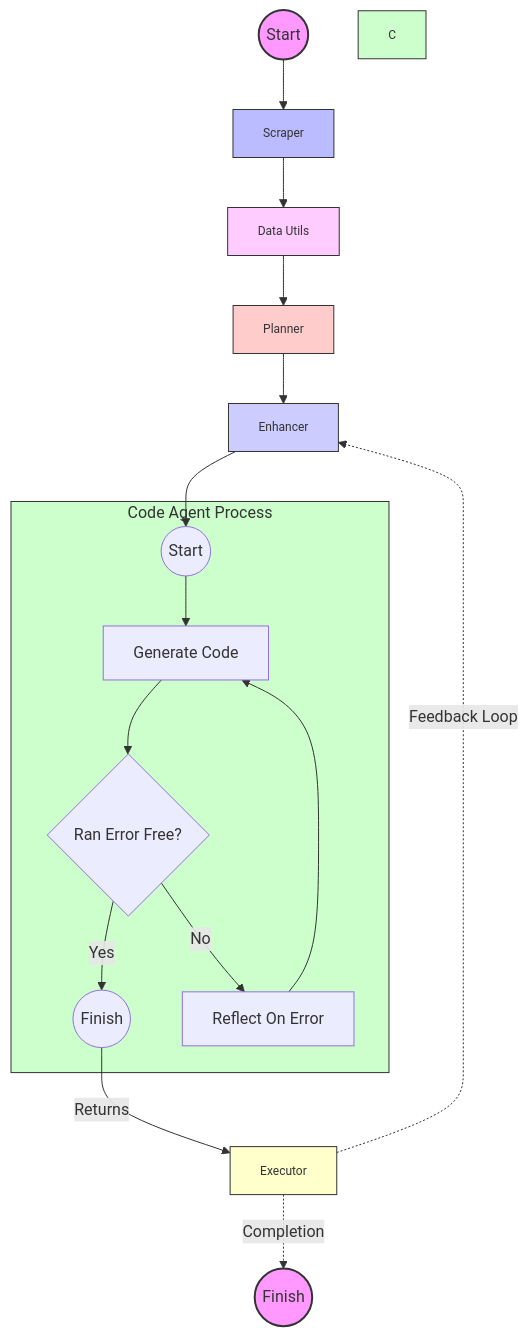
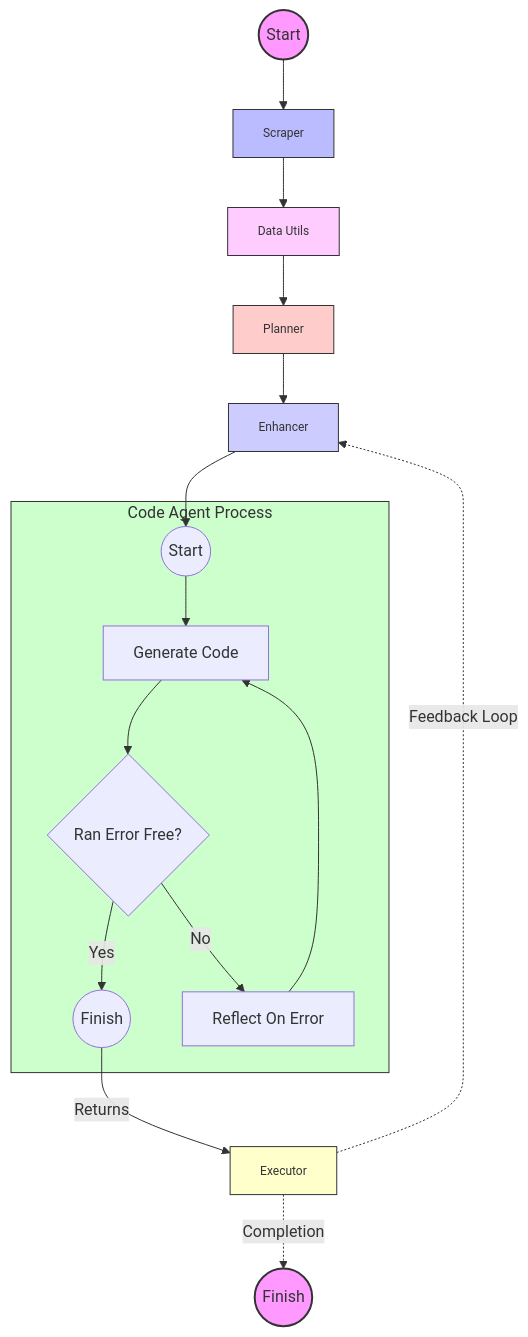
One commit to MSNP1381/kaggle-Agent changed the diagram in README.md. Above: the diagram before and after it, drawn with Mermaid. The commit also changed 1 other file, not shown here.

Commit message:
done testing and ok results on spaceship-titanic,nlp-getting-started,house-pricing

````diff
--- a/README.md
+++ b/README.md
@@ -36,47 +36,46 @@
 ```mermaid
 graph TB
     %% Define styles
     style A fill:#f9f,stroke:#333,stroke-width:2px
     style H fill:#f9f,stroke:#333,stroke-width:2px
     style B fill:#bbf,stroke:#333,stroke-width:1px
-    style C fill:#cfc,stroke:#333,stroke-width:1px
     style D fill:#fcc,stroke:#333,stroke-width:1px
     style E fill:#ffc,stroke:#333,stroke-width:1px
     style F fill:#ccf,stroke:#333,stroke-width:1px
     style G fill:#fcf,stroke:#333,stroke-width:1px
 
     A((Start)) --> B[Scraper]
     B --> G[Data Utils]
     G --> D[Planner]
     D --> F[Enhancer]
     F --> I
     H((Finish))
 
     subgraph Code_Agent_Process [Code Agent Process]
         style Code_Agent_Process fill:#cfc,stroke:#333,stroke-width:1px
         I((Start))
         J[Generate Code]
         K{Ran Error Free?}
         L((Finish))
         M[Reflect On Error]
 
         I --> J
         J --> K
         K -- Yes --> L
         K -- No --> M
         M --> J
     end
 
     %% Link the main process to subgraph
 
     L -->|Returns| E[Executor]
 
     %% Annotations
     classDef annotation fill:#fff,stroke:none,color:#333,font-size:12px;
     class B,G,D,F,C,E annotation;
 
     %% Annotating Feedback Loops
     E -. Feedback Loop .-> F
     E -. Completion .-> H
 
 ```
````
